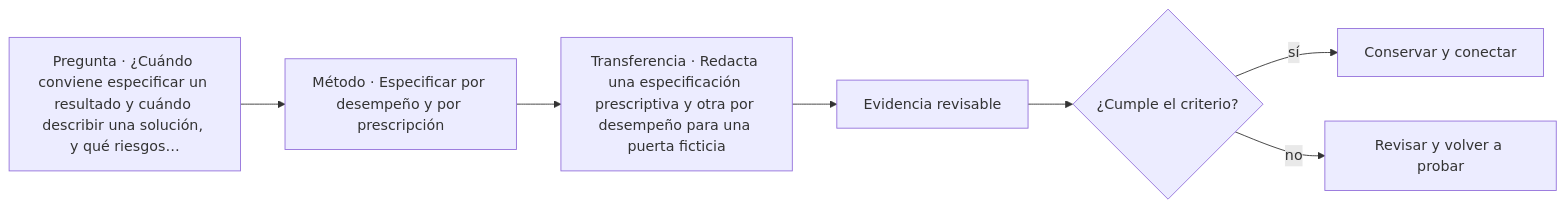
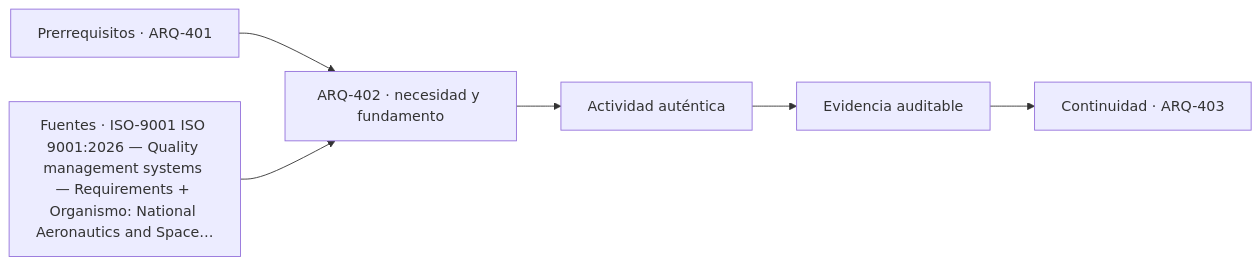
The diagram in classes/parte-41/ARQ-402.md (vladimiracunadev-create/architecture-built-environment-learning-program), drawn with Mermaid before and after one commit. The commit also changed other lines of this file and 761 other files, not shown here.

````diff
--- a/classes/parte-41/ARQ-402.md
+++ b/classes/parte-41/ARQ-402.md
@@ -91,9 +103,8 @@
 ```mermaid
 flowchart LR
-    Q["Pregunta · ¿Cuándo conviene especificar un resultado y cuándo describir una solución, y qué riesgos…"] --> M["Método · Especificar por desempeño y por prescripción"]
-    M --> P["Transferencia · Redacta una especificación prescriptiva y otra por desempeño para una puerta ficticia"]
-    P --> E["Evidencia revisable"]
-    E --> C{"¿Cumple el criterio?"}
-    C -->|sí| T["Conservar y conectar"]
-    C -->|no| R["Revisar y volver a probar"]
+    A["Prerrequisitos · ARQ-401"] --> B["ARQ-402 · necesidad y fundamento"]
+    S["Fuentes · ISO-9001 ISO 9001:2026 — Quality management systems — Requirements + Organismo: National Aeronautics and Space…"] --> B
+    B --> C["Actividad auténtica"]
+    C --> D["Evidencia auditable"]
+    D --> E["Continuidad · ARQ-403"]
 ```
````
